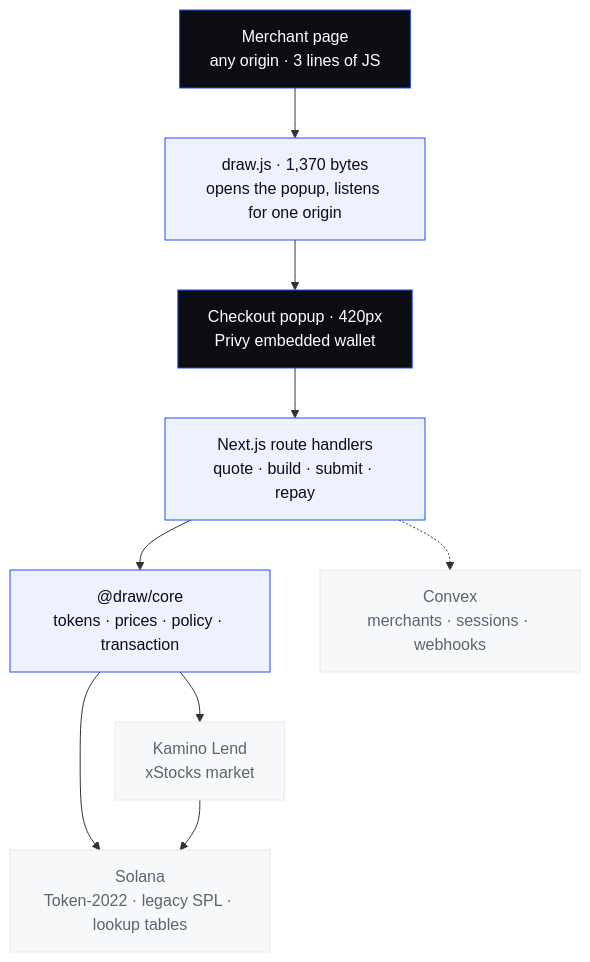
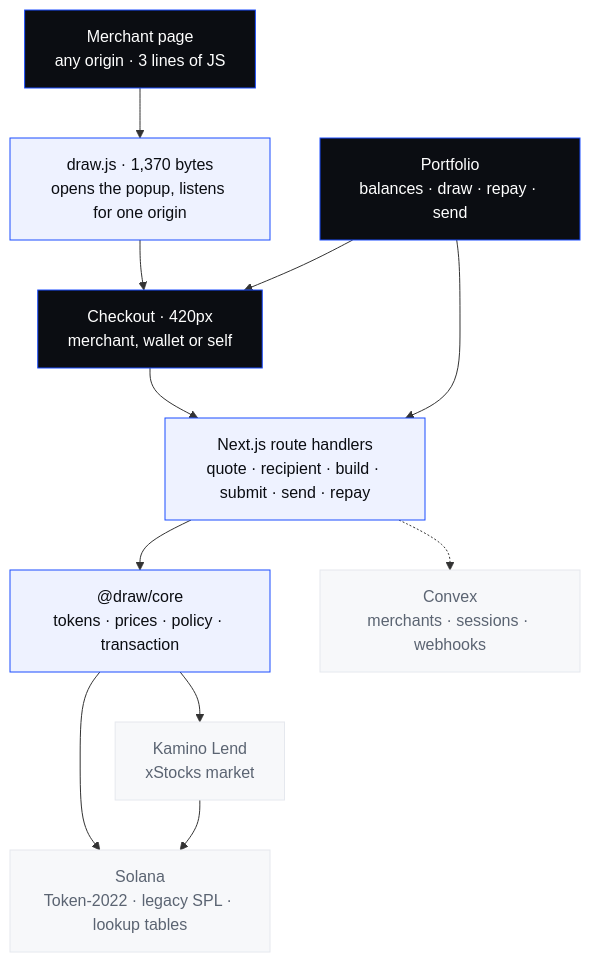
The diagram in README.md (Nnadijoshuac/draw), drawn with Mermaid before and after one commit. The commit also changed other lines of this file, not shown here.

First line of the commit message:
Update the README for wallet draws and sending

````diff
--- a/README.md
+++ b/README.md
@@ -134,27 +141,30 @@
 ```mermaid
 flowchart TB
     store["Merchant page<br/>any origin · 3 lines of JS"]
     embed["draw.js · 1,370 bytes<br/>opens the popup, listens for one origin"]
-    checkout["Checkout popup · 420px<br/>Privy embedded wallet"]
-    routes["Next.js route handlers<br/>quote · build · submit · repay"]
+    checkout["Checkout · 420px<br/>merchant, wallet or self"]
+    portfolio["Portfolio<br/>balances · draw · repay · send"]
+    routes["Next.js route handlers<br/>quote · recipient · build · submit · send · repay"]
     core["@draw/core<br/>tokens · prices · policy · transaction"]
     convex["Convex<br/>merchants · sessions · webhooks"]
     kamino["Kamino Lend<br/>xStocks market"]
     chain["Solana<br/>Token-2022 · legacy SPL · lookup tables"]
 
     store --> embed
     embed --> checkout
+    portfolio --> checkout
     checkout --> routes
+    portfolio --> routes
     routes --> core
     routes -.-> convex
     core --> kamino
     core --> chain
     kamino --> chain
 
     classDef surface fill:#0B0D12,stroke:#1B4DFF,color:#ffffff
     classDef engine fill:#EEF2FF,stroke:#1B4DFF,color:#0B0D12
     classDef external fill:#F7F8FA,stroke:#E5E8EE,color:#5B6472
-    class store,checkout surface
+    class store,checkout,portfolio surface
     class embed,routes,core engine
     class convex,kamino,chain external
 ```
````
